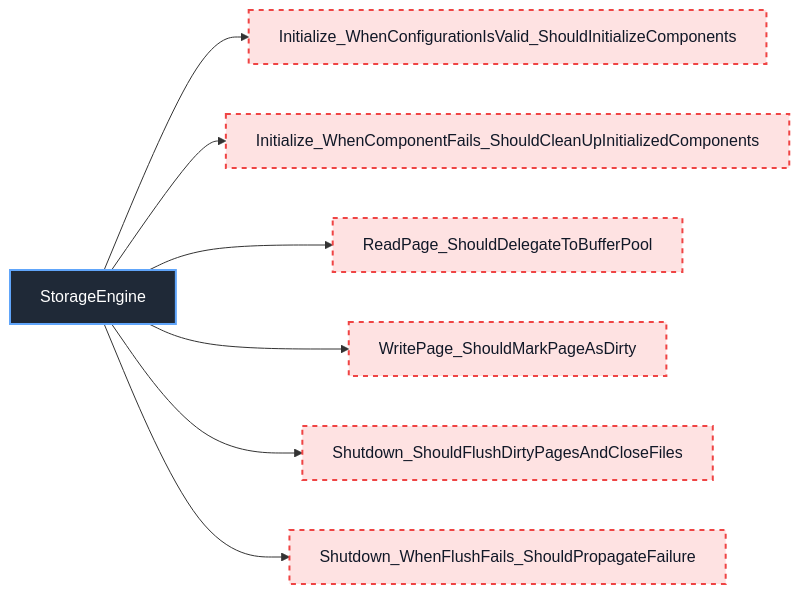
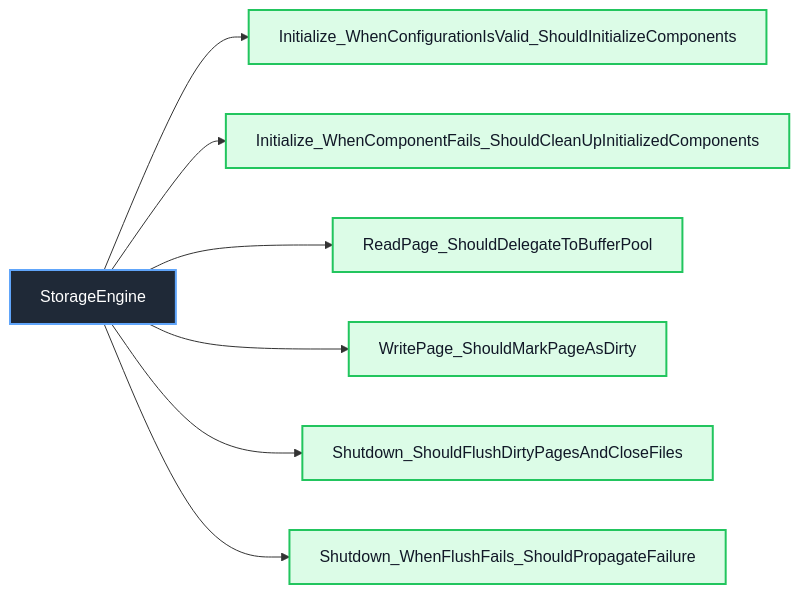
Diagram 20 of 31 in docs/unit-test/README.md (manaxpow/DBMS), drawn with Mermaid before and after one commit. The commit also changed other lines of this file and 10 other files, not shown here.

````diff
--- a/docs/unit-test/README.md
+++ b/docs/unit-test/README.md
@@ -453,18 +453,18 @@
 ```mermaid
 flowchart LR
     Class_StorageEngine["StorageEngine"]
 
     Class_StorageEngine --> ENG_001["Initialize_WhenConfigurationIsValid_ShouldInitializeComponents"]
     Class_StorageEngine --> ENG_002["Initialize_WhenComponentFails_ShouldCleanUpInitializedComponents"]
     Class_StorageEngine --> ENG_003["ReadPage_ShouldDelegateToBufferPool"]
     Class_StorageEngine --> ENG_004["WritePage_ShouldMarkPageAsDirty"]
     Class_StorageEngine --> ENG_005["Shutdown_ShouldFlushDirtyPagesAndCloseFiles"]
     Class_StorageEngine --> ENG_006["Shutdown_WhenFlushFails_ShouldPropagateFailure"]
 
     classDef classNode fill:#1f2937,stroke:#60a5fa,color:#ffffff,stroke-width:2px
     classDef completedTest fill:#dcfce7,stroke:#22c55e,color:#111827,stroke-width:2px
     classDef missingTest fill:#fee2e2,stroke:#ef4444,color:#111827,stroke-width:2px,stroke-dasharray: 5 5
 
     class Class_StorageEngine classNode
-    class ENG_001,ENG_002,ENG_003,ENG_004,ENG_005,ENG_006 missingTest
+    class ENG_001,ENG_002,ENG_003,ENG_004,ENG_005,ENG_006 completedTest
 ```
````
